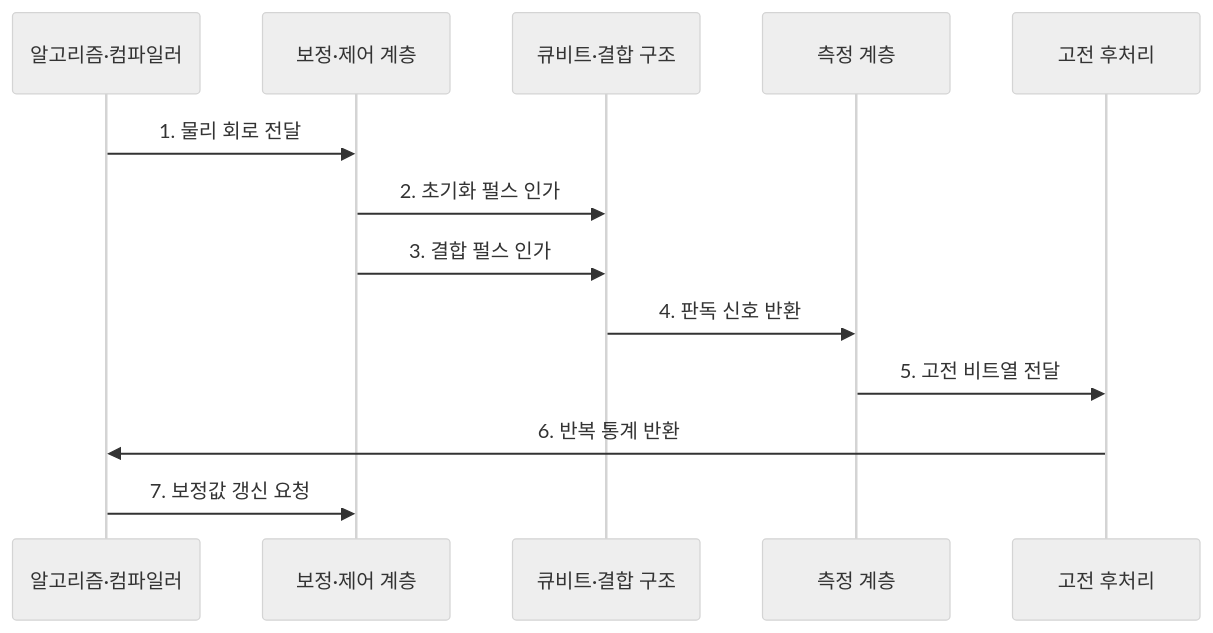
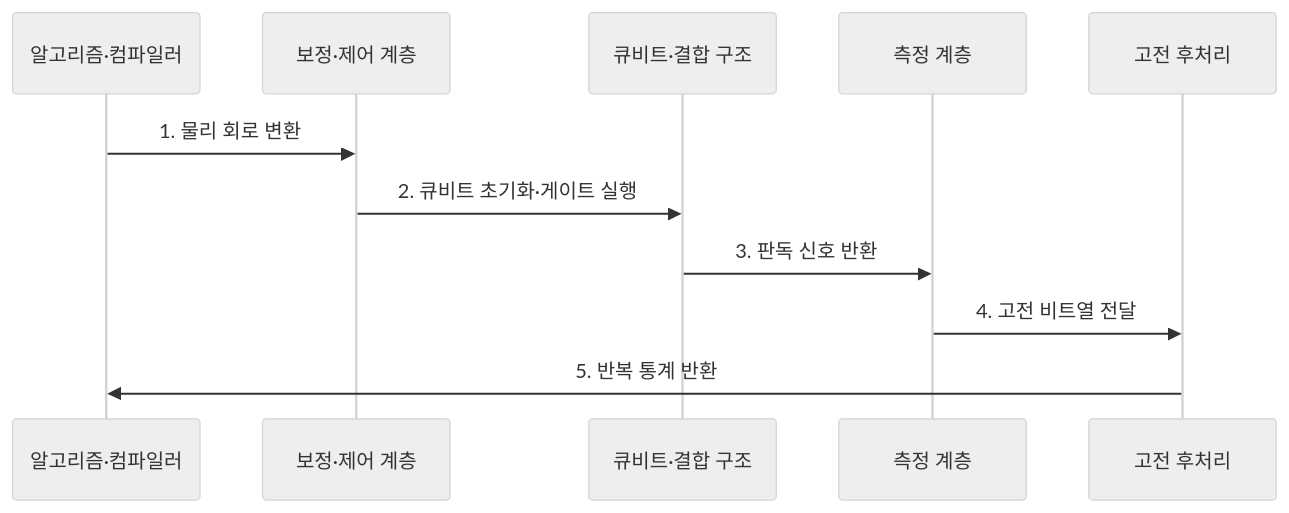
The second of 2 diagrams in src/content/docs/notes/02-hardware/072_quantum_computing_qubit.md (agnusdei1207/knowledge-base), drawn with Mermaid (neutral theme) before and after one commit. The commit also changed other lines of this file and 86 other files, not shown here.

````diff
--- a/src/content/docs/notes/02-hardware/072_quantum_computing_qubit.md
+++ b/src/content/docs/notes/02-hardware/072_quantum_computing_qubit.md
@@ -95,16 +97,14 @@
 ```mermaid
 sequenceDiagram
     participant A as 알고리즘·컴파일러
     participant B as 보정·제어 계층
     participant Q as 큐비트·결합 구조
     participant M as 측정 계층
     participant H as 고전 후처리
 
-    A->>B: 1. 물리 회로 전달
-    B->>Q: 2. 초기화 펄스 인가
-    B->>Q: 3. 결합 펄스 인가
-    Q->>M: 4. 판독 신호 반환
-    M->>H: 5. 고전 비트열 전달
-    H->>A: 6. 반복 통계 반환
-    A->>B: 7. 보정값 갱신 요청
+    A->>B: 1. 물리 회로 변환
+    B->>Q: 2. 큐비트 초기화·게이트 실행
+    Q->>M: 3. 판독 신호 반환
+    M->>H: 4. 고전 비트열 전달
+    H->>A: 5. 반복 통계 반환
 ```
````
